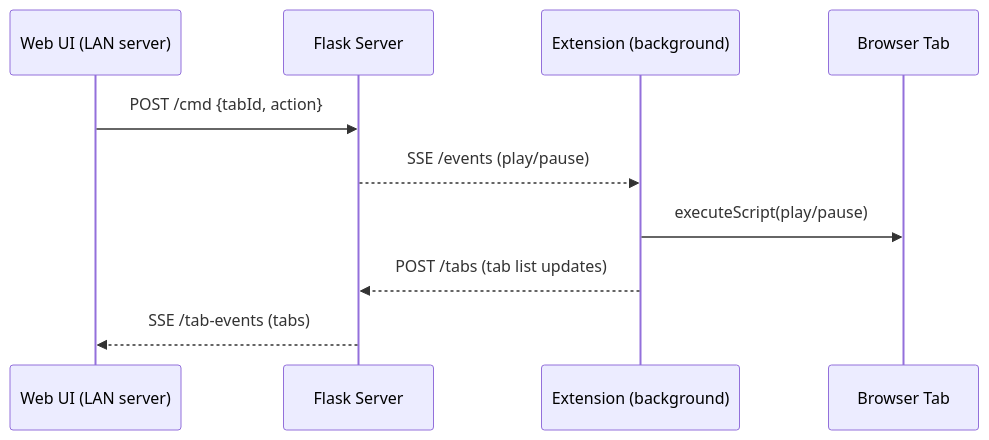
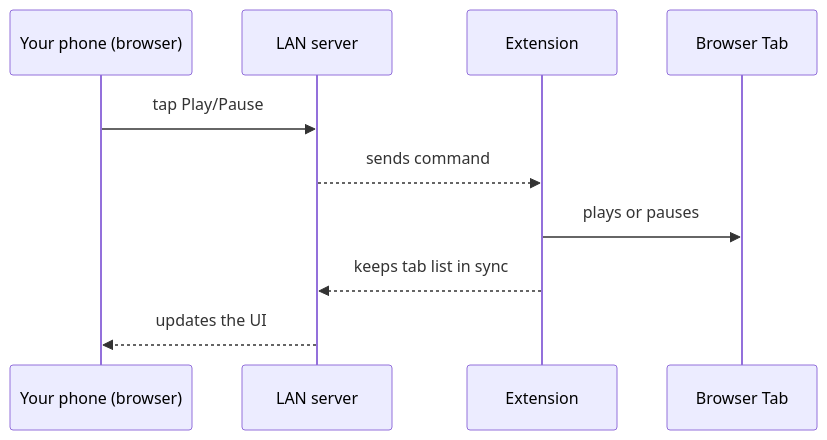
One commit to jayf0x/audio-bonanza changed the diagram in README.md. Above: the diagram before and after it, drawn with Mermaid. The commit also changed other lines of this file, not shown here.

````diff
--- a/README.md
+++ b/README.md
@@ -54,13 +46,13 @@
 ```mermaid
 sequenceDiagram
-  participant UI as Web UI (LAN server)
-  participant Server as Flask Server
-  participant Ext as Extension (background)
+  participant Phone as Your phone (browser)
+  participant Server as LAN server
+  participant Ext as Extension
   participant Tab as Browser Tab
 
-  UI->>Server: POST /cmd {tabId, action}
-  Server-->>Ext: SSE /events (play/pause)
-  Ext->>Tab: executeScript(play/pause)
-  Ext-->>Server: POST /tabs (tab list updates)
-  Server-->>UI: SSE /tab-events (tabs)
+  Phone->>Server: tap Play/Pause
+  Server-->>Ext: sends command
+  Ext->>Tab: plays or pauses
+  Ext-->>Server: keeps tab list in sync
+  Server-->>Phone: updates the UI
 ```
````
